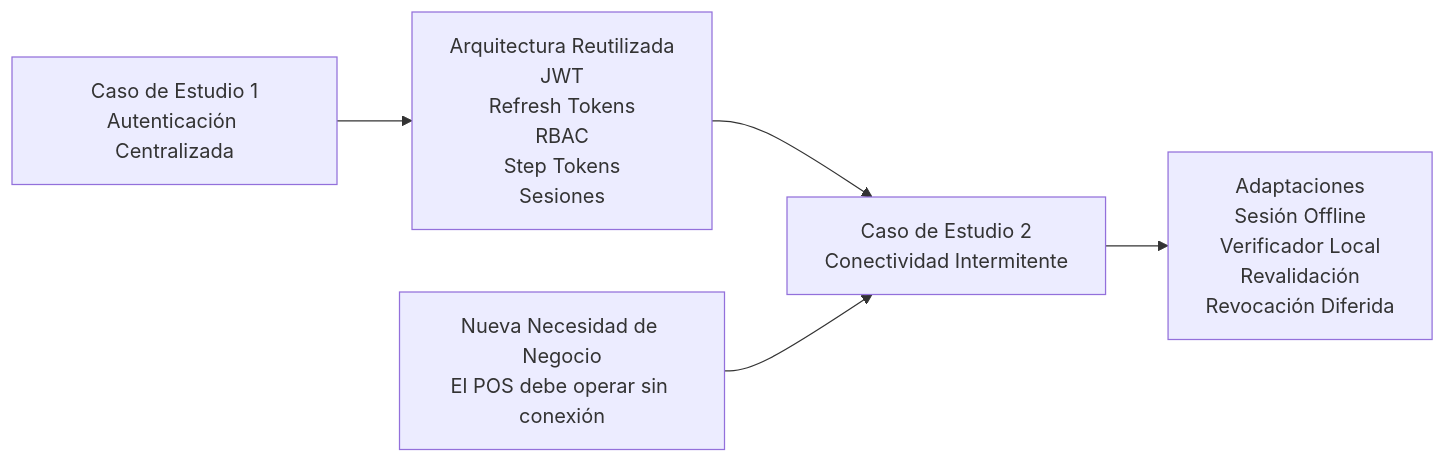
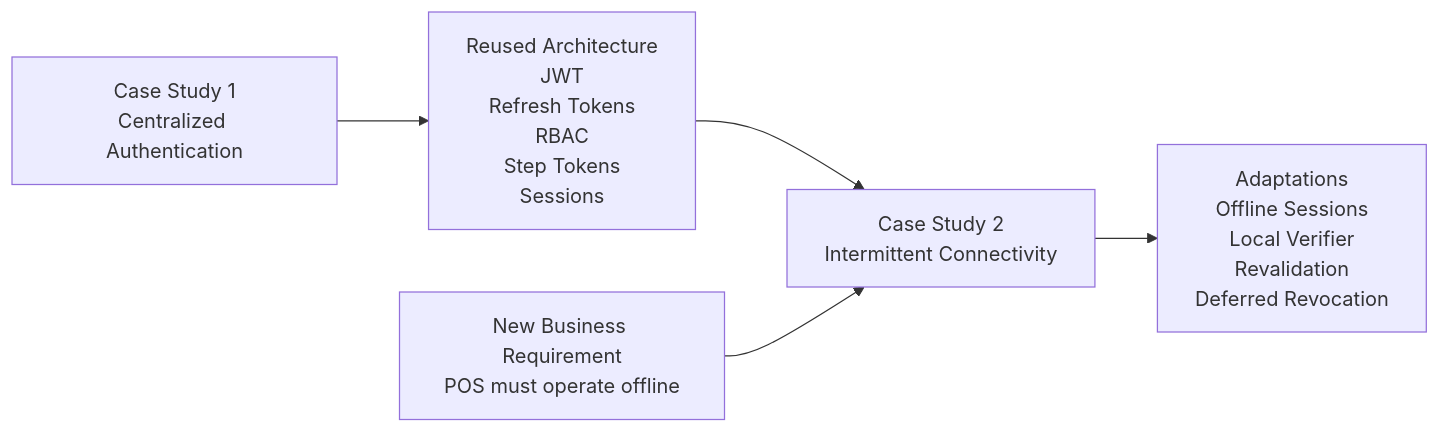
The first of 3 diagrams in Connectivity Strategies in Distributed Systems/SECURITY.md (migueval/software-engineering), drawn with Mermaid before and after one commit. The commit also changed other lines of this file and 19 other files, not shown here.

````diff
--- a/Connectivity Strategies in Distributed Systems/SECURITY.md
+++ b/Connectivity Strategies in Distributed Systems/SECURITY.md
@@ -37,18 +36,18 @@
 ```mermaid
 flowchart LR
 
-    CASE1["Caso de Estudio 1<br/>Autenticación Centralizada"]
+    CASE1["Case Study 1<br/>Centralized Authentication"]
 
-    CORE["Arquitectura Reutilizada<br/>JWT<br/>Refresh Tokens<br/>RBAC<br/>Step Tokens<br/>Sesiones"]
+    CORE["Reused Architecture<br/>JWT<br/>Refresh Tokens<br/>RBAC<br/>Step Tokens<br/>Sessions"]
 
-    RULE["Nueva Necesidad de Negocio<br/>El POS debe operar sin conexión"]
+    RULE["New Business Requirement<br/>POS must operate offline"]
 
-    CASE2["Caso de Estudio 2<br/>Conectividad Intermitente"]
+    CASE2["Case Study 2<br/>Intermittent Connectivity"]
 
-    EXTENSIONS["Adaptaciones<br/>Sesión Offline<br/>Verificador Local<br/>Revalidación<br/>Revocación Diferida"]
+    EXTENSIONS["Adaptations<br/>Offline Sessions<br/>Local Verifier<br/>Revalidation<br/>Deferred Revocation"]
 
     CASE1 --> CORE
     CORE --> CASE2
     RULE --> CASE2
     CASE2 --> EXTENSIONS
 ```
````
